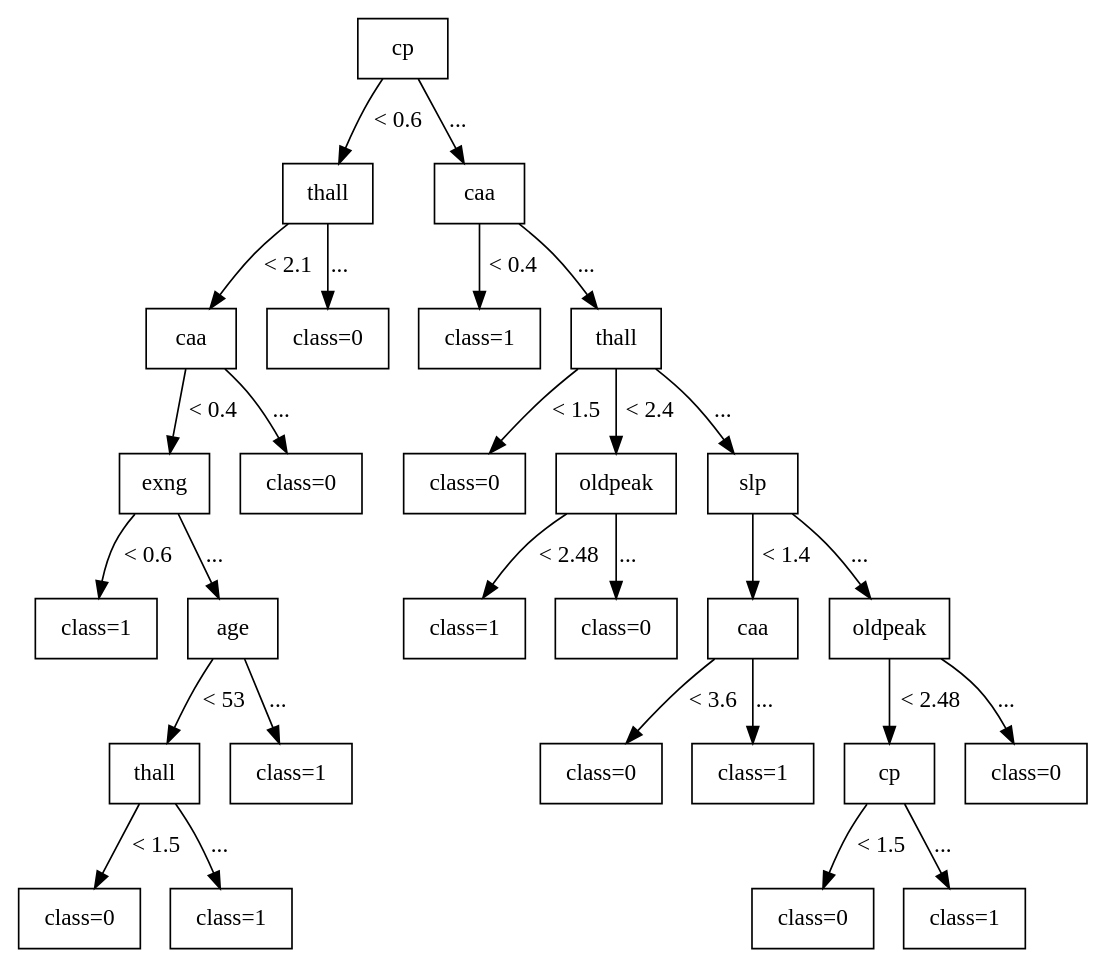
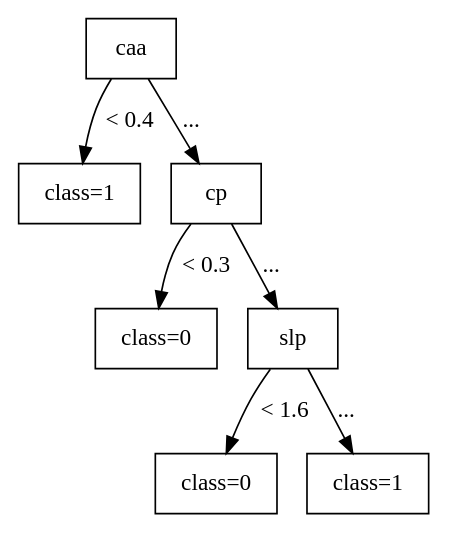
One commit to TakuyaMitarai/NSSESAT_Visualizer changed the diagram in NSSESAT_backend/new_tree.dot. Above: the diagram before and after it, drawn with Graphviz. The commit also changed 5 other files, not shown here.

```diff
--- a/NSSESAT_backend/new_tree.dot
+++ b/NSSESAT_backend/new_tree.dot
@@ -1,73 +1,25 @@
 digraph G {
 node [shape=box];
 node [style=filled, fillcolor=white];
 
-0 [label="cp"];
+0 [label="caa"];
 
-1 [label="thall"];
-12 [label="caa"];
+1 [label="class=1"];
+2 [label="cp"];
 
-0 -> 1 [label="< 0.6"];
-0 -> 12 [label="..."];
+0 -> 1 [label="< 0.4"];
+0 -> 2 [label="..."];
 
-2 [label="caa"];
-11 [label="class=0"];
-13 [label="class=1"];
-14 [label="thall"];
+3 [label="class=0"];
+4 [label="slp"];
 
-1 -> 2 [label="< 2.1"];
-1 -> 11 [label="..."];
-12 -> 13 [label="< 0.4"];
-12 -> 14 [label="..."];
+2 -> 3 [label="< 0.3"];
+2 -> 4 [label="..."];
 
-3 [label="exng"];
-10 [label="class=0"];
-15 [label="class=0"];
-16 [label="oldpeak"];
-19 [label="slp"];
+5 [label="class=0"];
+6 [label="class=1"];
 
-2 -> 3 [label="< 0.4"];
-2 -> 10 [label="..."];
-14 -> 15 [label="< 1.5"];
-14 -> 16 [label="< 2.4"];
-14 -> 19 [label="..."];
-
-4 [label="class=1"];
-5 [label="age"];
-17 [label="class=1"];
-18 [label="class=0"];
-20 [label="caa"];
-23 [label="oldpeak"];
-
-3 -> 4 [label="< 0.6"];
-3 -> 5 [label="..."];
-16 -> 17 [label="< 2.48"];
-16 -> 18 [label="..."];
-19 -> 20 [label="< 1.4"];
-19 -> 23 [label="..."];
-
-6 [label="thall"];
-9 [label="class=1"];
-21 [label="class=0"];
-22 [label="class=1"];
-24 [label="cp"];
-27 [label="class=0"];
-
-5 -> 6 [label="< 53"];
-5 -> 9 [label="..."];
-20 -> 21 [label="< 3.6"];
-20 -> 22 [label="..."];
-23 -> 24 [label="< 2.48"];
-23 -> 27 [label="..."];
-
-7 [label="class=0"];
-8 [label="class=1"];
-25 [label="class=0"];
-26 [label="class=1"];
-
-6 -> 7 [label="< 1.5"];
-6 -> 8 [label="..."];
-24 -> 25 [label="< 1.5"];
-24 -> 26 [label="..."];
+4 -> 5 [label="< 1.6"];
+4 -> 6 [label="..."];
 
 }
```
